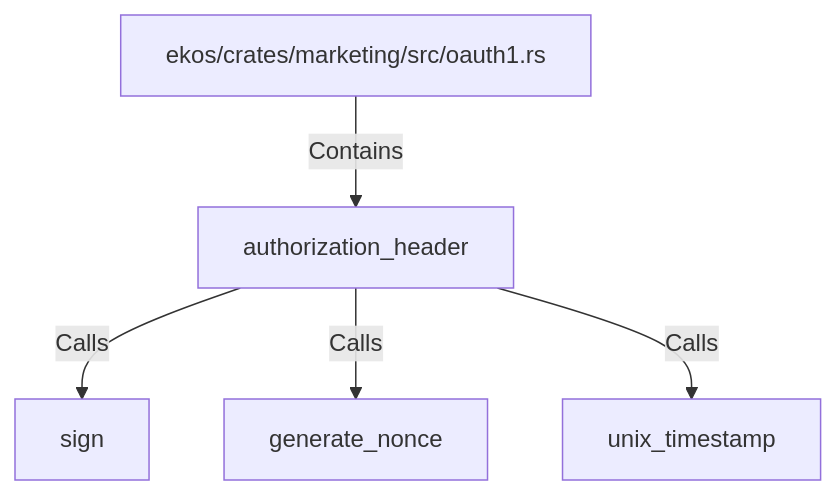
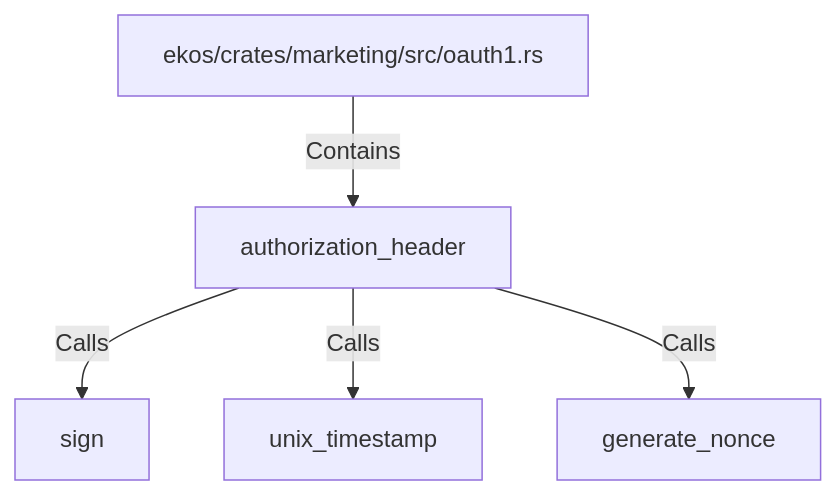
The diagram in doc/entities/rustsymbol/au/authorization-header.md (alexeyban/EKOS), drawn with Mermaid before and after one commit. The commit also changed other lines of this file and 552 other files, not shown here.

````diff
--- a/doc/entities/rustsymbol/au/authorization-header.md
+++ b/doc/entities/rustsymbol/au/authorization-header.md
@@ -23,12 +23,12 @@
 ```mermaid
 graph TD
     nf41ca41a496150d1925e01ca53aaa086["authorization_header"]
     nd9547f96f0315a9d875d5912db96b474["ekos/crates/marketing/src/oauth1.rs"]
     nd9547f96f0315a9d875d5912db96b474 -->|Contains| nf41ca41a496150d1925e01ca53aaa086
     nd047fc97d00759118fb57f43a79a6b03["sign"]
     nf41ca41a496150d1925e01ca53aaa086 -->|Calls| nd047fc97d00759118fb57f43a79a6b03
+    nc3d5f345a13451fe84fae2d08acd4eaa["unix_timestamp"]
+    nf41ca41a496150d1925e01ca53aaa086 -->|Calls| nc3d5f345a13451fe84fae2d08acd4eaa
     nc15fbd69b60d5004b3056a836bf18ebd["generate_nonce"]
     nf41ca41a496150d1925e01ca53aaa086 -->|Calls| nc15fbd69b60d5004b3056a836bf18ebd
-    nc3d5f345a13451fe84fae2d08acd4eaa["unix_timestamp"]
-    nf41ca41a496150d1925e01ca53aaa086 -->|Calls| nc3d5f345a13451fe84fae2d08acd4eaa
 ```
````
